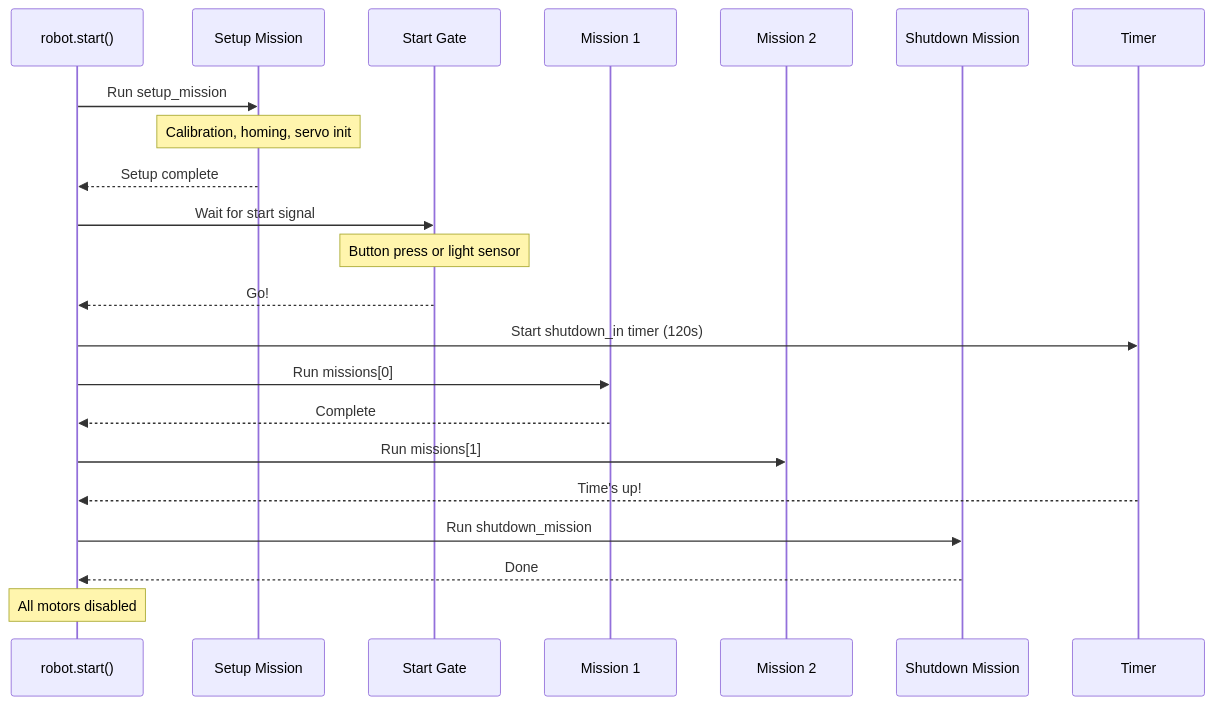
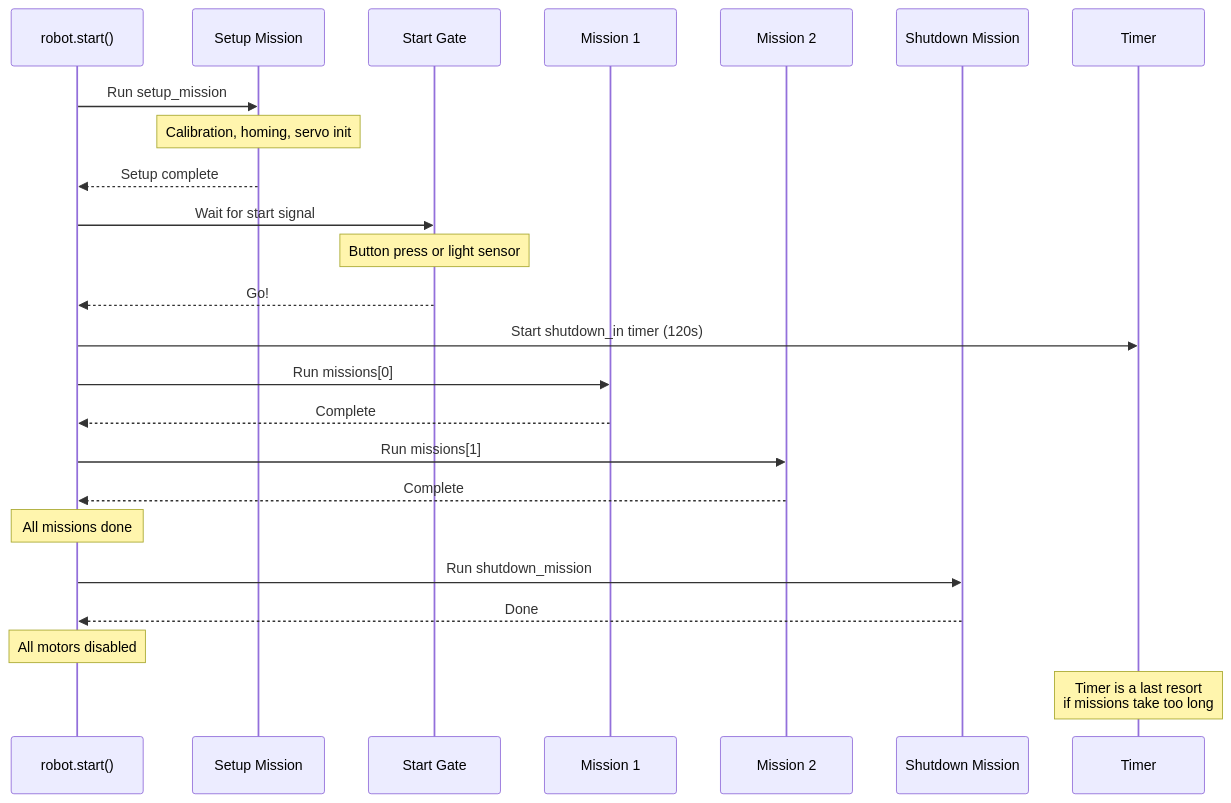
One commit to htl-stp-ecer/documentation changed the second of 2 diagrams in content/02-programming/02-robot-definition.md. Above: the diagram before and after it, drawn with Mermaid. The commit also changed other lines of this file and 2 other files, not shown here.

````diff
--- a/content/02-programming/02-robot-definition.md
+++ b/content/02-programming/02-robot-definition.md
@@ -298,25 +268,27 @@
 ```mermaid
 sequenceDiagram
     participant R as robot.start()
     participant S as Setup Mission
     participant G as Start Gate
     participant M1 as Mission 1
     participant M2 as Mission 2
     participant SD as Shutdown Mission
     participant T as Timer
 
     R->>S: Run setup_mission
     Note over S: Calibration, homing, servo init
     S-->>R: Setup complete
     R->>G: Wait for start signal
     Note over G: Button press or light sensor
     G-->>R: Go!
     R->>T: Start shutdown_in timer (120s)
     R->>M1: Run missions[0]
     M1-->>R: Complete
     R->>M2: Run missions[1]
-    T-->>R: Time's up!
+    M2-->>R: Complete
+    Note over R: All missions done
     R->>SD: Run shutdown_mission
     SD-->>R: Done
     Note over R: All motors disabled
+    Note over T: Timer is a last resort<br/>if missions take too long
 ```
````
